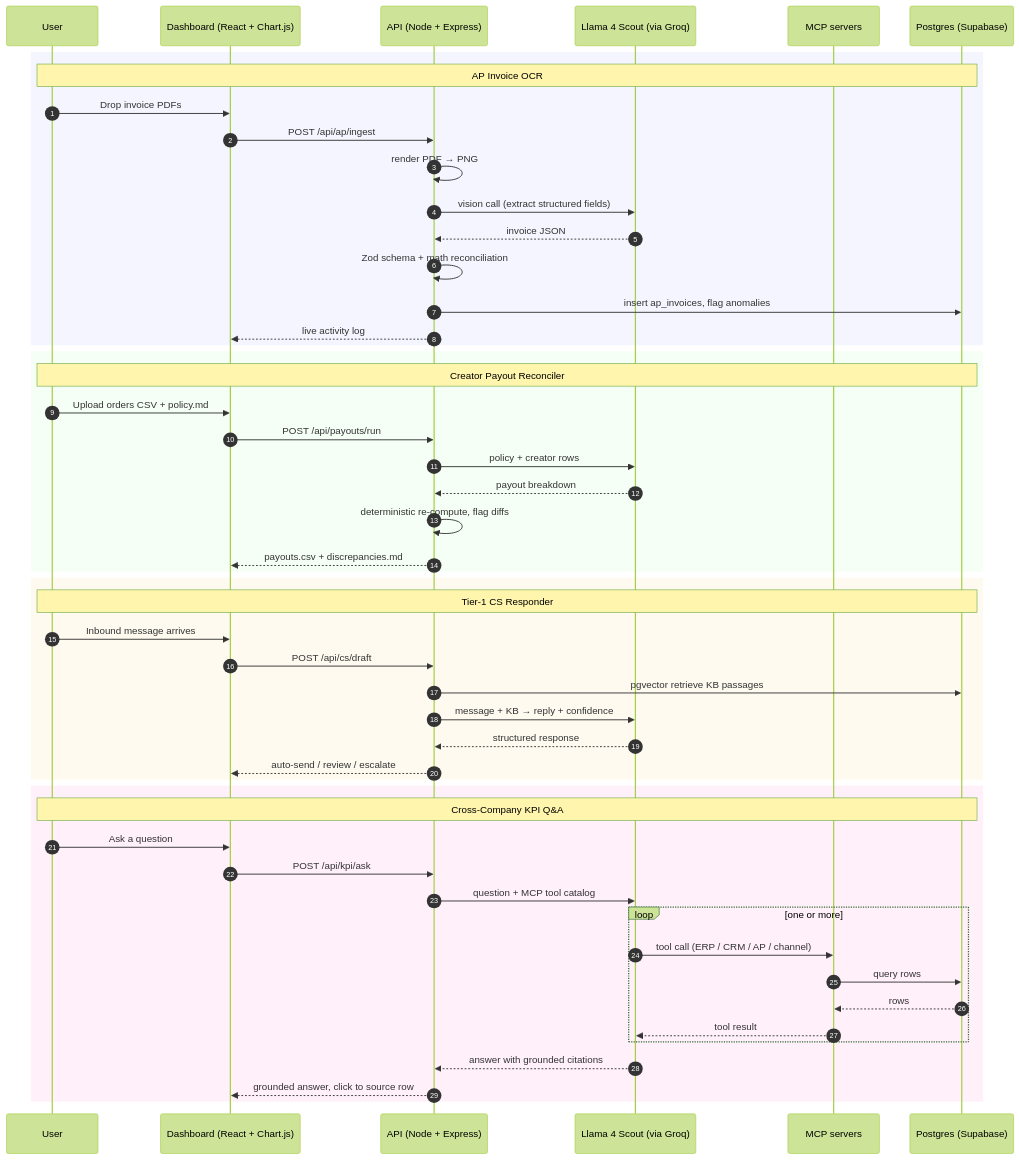
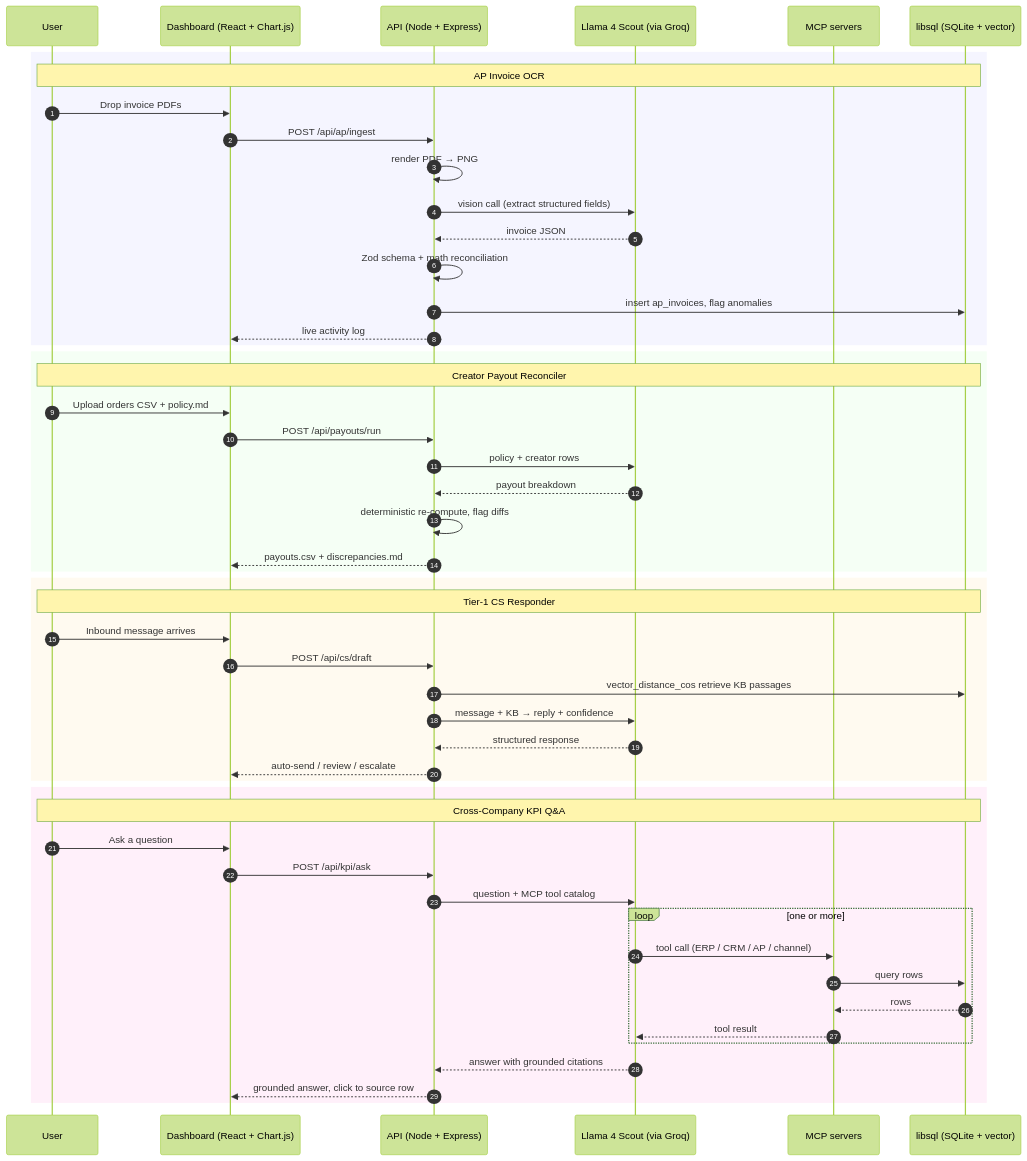
One commit to Builder106/helm changed the diagram in README.md. Above: the diagram before and after it, drawn with Mermaid (forest theme). The commit also changed other lines of this file and 8 other files, not shown here.

First line of the commit message:
swap persistence: Supabase → libsql (SQLite + vector)

````diff
--- a/README.md
+++ b/README.md
@@ -35,57 +35,57 @@
 ```mermaid
 sequenceDiagram
     autonumber
     participant U as User
     participant D as Dashboard (React + Chart.js)
     participant API as API (Node + Express)
     participant L as Llama 4 Scout (via Groq)
     participant MCP as MCP servers
-    participant DB as Postgres (Supabase)
+    participant DB as libsql (SQLite + vector)
 
     rect rgb(245, 245, 255)
     Note over U,DB: AP Invoice OCR
     U->>D: Drop invoice PDFs
     D->>API: POST /api/ap/ingest
     API->>API: render PDF → PNG
     API->>L: vision call (extract structured fields)
     L-->>API: invoice JSON
     API->>API: Zod schema + math reconciliation
     API->>DB: insert ap_invoices, flag anomalies
     API-->>D: live activity log
     end
 
     rect rgb(245, 255, 245)
     Note over U,DB: Creator Payout Reconciler
     U->>D: Upload orders CSV + policy.md
     D->>API: POST /api/payouts/run
     API->>L: policy + creator rows
     L-->>API: payout breakdown
     API->>API: deterministic re-compute, flag diffs
     API-->>D: payouts.csv + discrepancies.md
     end
 
     rect rgb(255, 250, 240)
     Note over U,DB: Tier-1 CS Responder
     U->>D: Inbound message arrives
     D->>API: POST /api/cs/draft
-    API->>DB: pgvector retrieve KB passages
+    API->>DB: vector_distance_cos retrieve KB passages
     API->>L: message + KB → reply + confidence
     L-->>API: structured response
     API-->>D: auto-send / review / escalate
     end
 
     rect rgb(255, 240, 250)
     Note over U,DB: Cross-Company KPI Q&A
     U->>D: Ask a question
     D->>API: POST /api/kpi/ask
     API->>L: question + MCP tool catalog
     loop one or more
         L->>MCP: tool call (ERP / CRM / AP / channel)
         MCP->>DB: query rows
         DB-->>MCP: rows
         MCP-->>L: tool result
     end
     L-->>API: answer with grounded citations
     API-->>D: grounded answer, click to source row
     end
 ```
````
